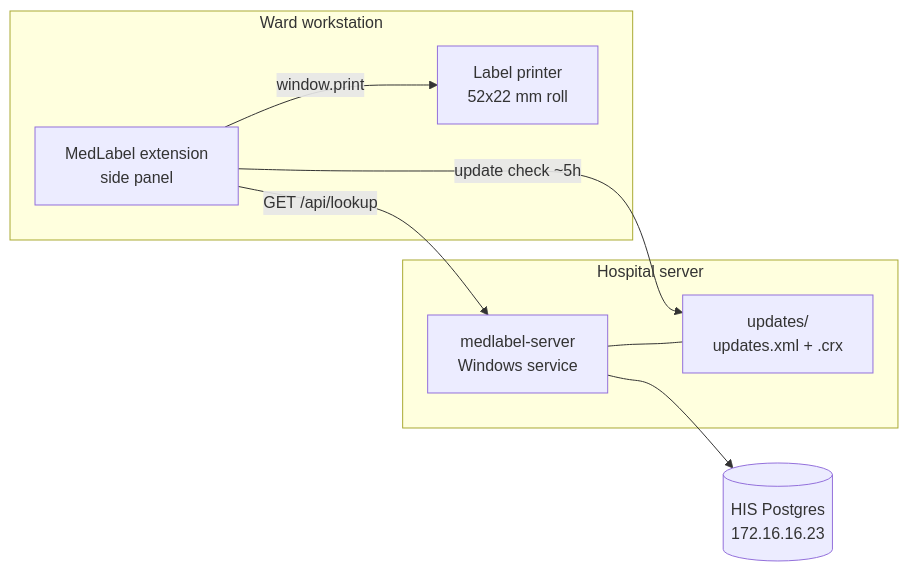
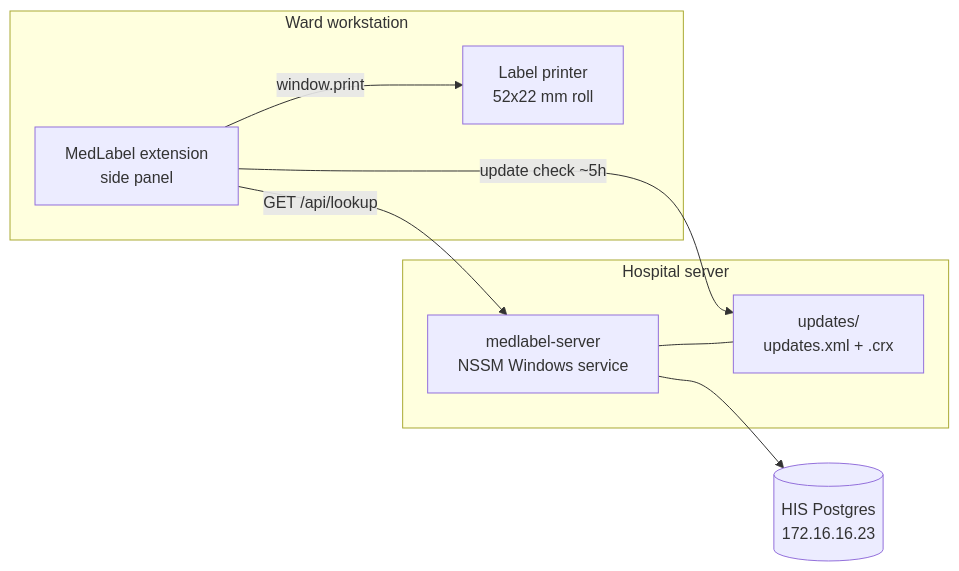
The diagram in docs/ARCHITECTURE.md (dathoangit/MedLable), drawn with Mermaid before and after one commit. The commit also changed other lines of this file and 22 other files, not shown here.

````diff
--- a/docs/ARCHITECTURE.md
+++ b/docs/ARCHITECTURE.md
@@ -5,18 +5,18 @@
 ```mermaid
 graph LR
   subgraph ward [Ward workstation]
     Ext["MedLabel extension<br/>side panel"]
     Printer["Label printer<br/>52x22 mm roll"]
   end
   subgraph srv [Hospital server]
-    Api["medlabel-server<br/>Windows service"]
+    Api["medlabel-server<br/>NSSM Windows service"]
     Upd["updates/<br/>updates.xml + .crx"]
   end
   HIS[("HIS Postgres<br/>172.16.16.23")]
 
   Ext -->|"GET /api/lookup"| Api
   Ext -->|"update check ~5h"| Upd
   Api --> HIS
   Api --- Upd
   Ext -->|"window.print"| Printer
 ```
````
